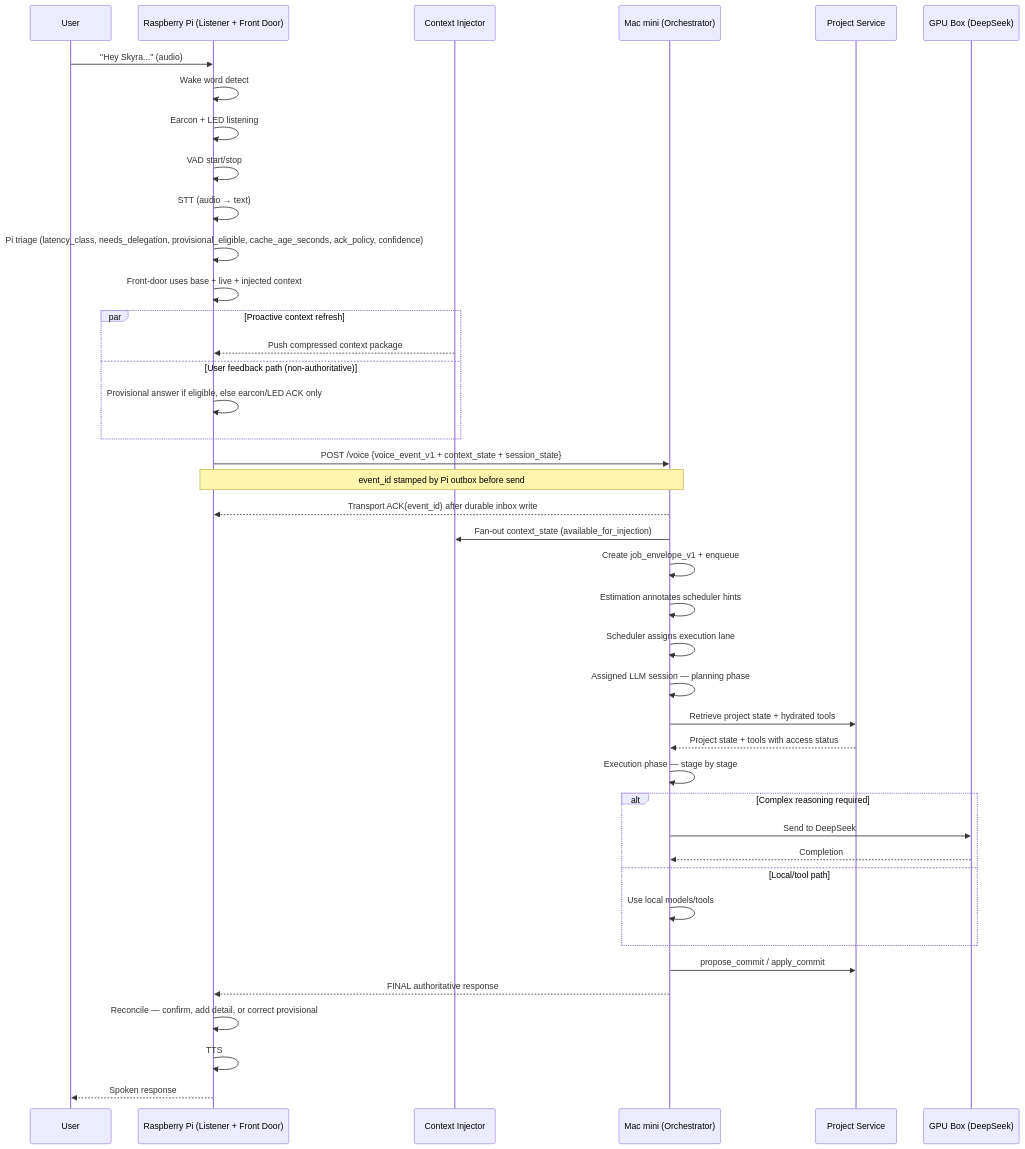
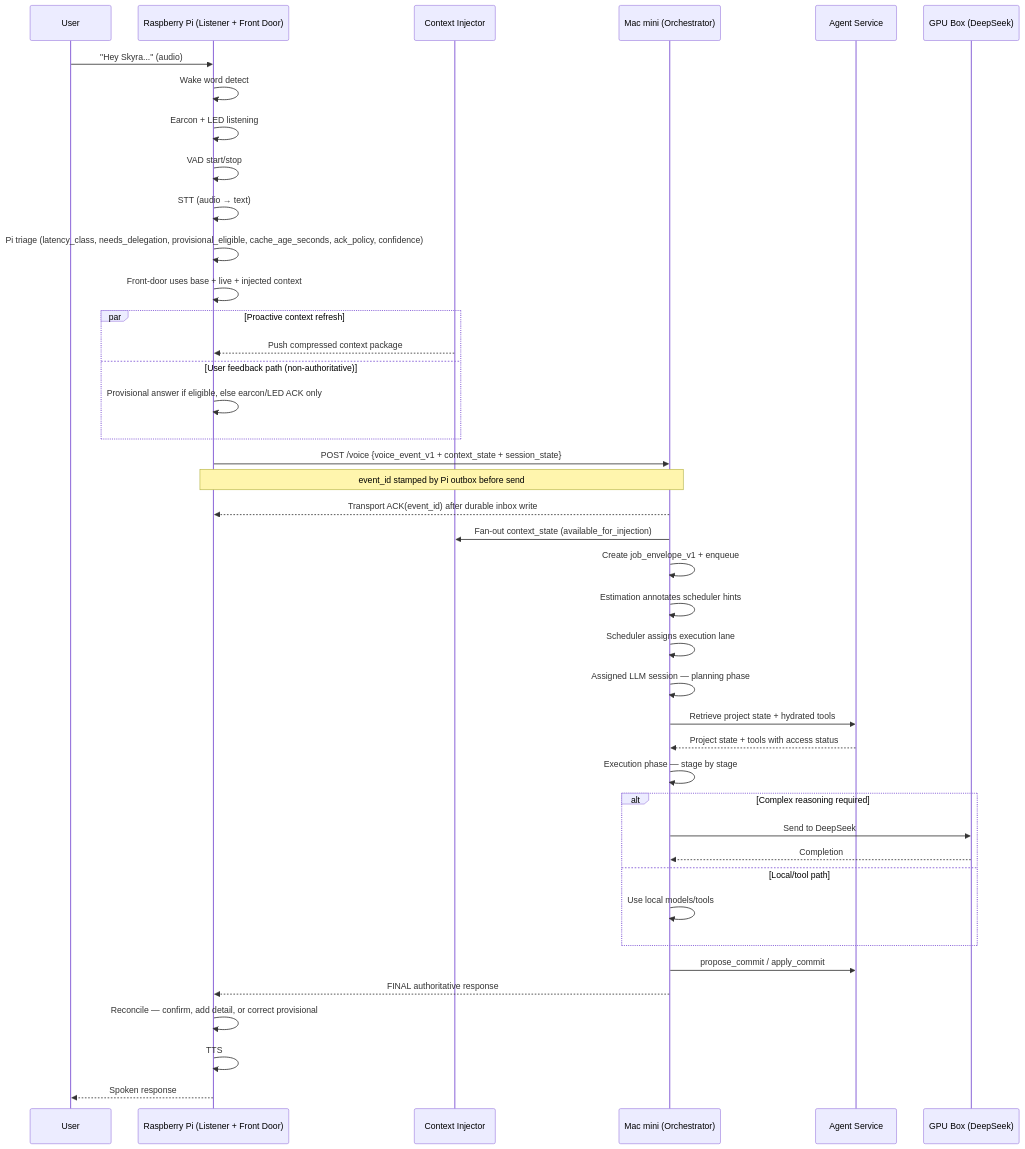
The third of 3 diagrams in docs/arch/v1/scyra.md (m-scanlon/tony-stark-was-able-tobuild-this-in-a-cave), drawn with Mermaid before and after one commit. The commit also changed other lines of this file and 19 other files, not shown here.

````diff
--- a/docs/arch/v1/scyra.md
+++ b/docs/arch/v1/scyra.md
@@ -430,46 +430,46 @@
 ```mermaid
 sequenceDiagram
   participant User
   participant Pi as Raspberry Pi (Listener + Front Door)
   participant CIX as Context Injector
   participant Mac as Mac mini (Orchestrator)
-  participant PROJ as Project Service
+  participant PROJ as Agent Service
   participant GPU as GPU Box (DeepSeek)
 
   User->>Pi: "Hey Skyra..." (audio)
   Pi->>Pi: Wake word detect
   Pi->>Pi: Earcon + LED listening
   Pi->>Pi: VAD start/stop
   Pi->>Pi: STT (audio → text)
   Pi->>Pi: Pi triage (latency_class, needs_delegation, provisional_eligible, cache_age_seconds, ack_policy, confidence)
   Pi->>Pi: Front-door uses base + live + injected context
   par Proactive context refresh
     CIX-->>Pi: Push compressed context package
   and User feedback path (non-authoritative)
     Pi->>Pi: Provisional answer if eligible, else earcon/LED ACK only
   end
 
   Pi->>Mac: POST /voice {voice_event_v1 + context_state + session_state}
   Note over Pi,Mac: event_id stamped by Pi outbox before send
   Mac-->>Pi: Transport ACK(event_id) after durable inbox write
   Mac->>CIX: Fan-out context_state (available_for_injection)
 
   Mac->>Mac: Create job_envelope_v1 + enqueue
   Mac->>Mac: Estimation annotates scheduler hints
   Mac->>Mac: Scheduler assigns execution lane
   Mac->>Mac: Assigned LLM session — planning phase
   Mac->>PROJ: Retrieve project state + hydrated tools
   PROJ-->>Mac: Project state + tools with access status
   Mac->>Mac: Execution phase — stage by stage
   alt Complex reasoning required
     Mac->>GPU: Send to DeepSeek
     GPU-->>Mac: Completion
   else Local/tool path
     Mac->>Mac: Use local models/tools
   end
   Mac->>PROJ: propose_commit / apply_commit
   Mac-->>Pi: FINAL authoritative response
   Pi->>Pi: Reconcile — confirm, add detail, or correct provisional
   Pi->>Pi: TTS
   Pi-->>User: Spoken response
 ```
````
